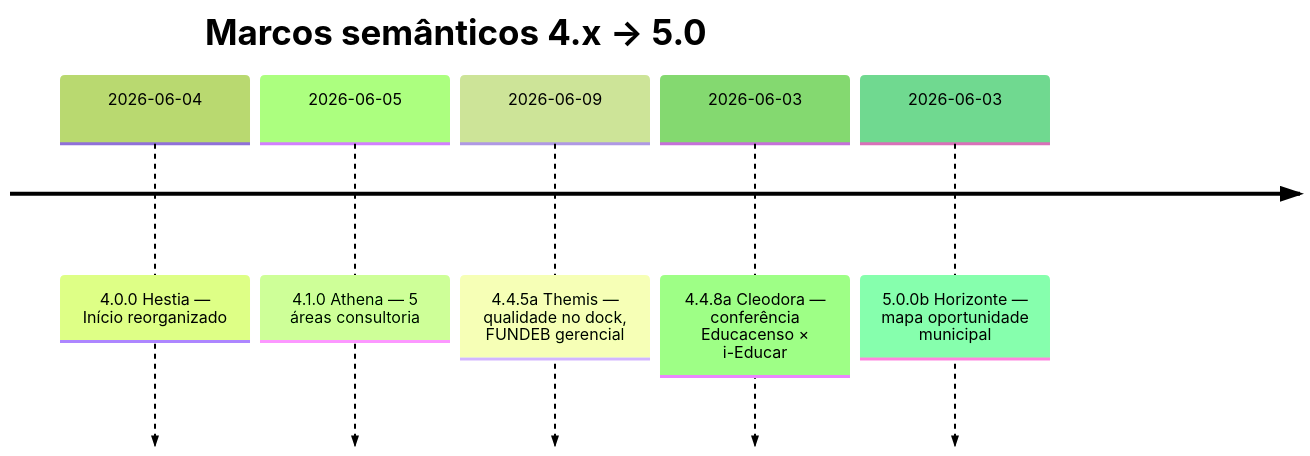
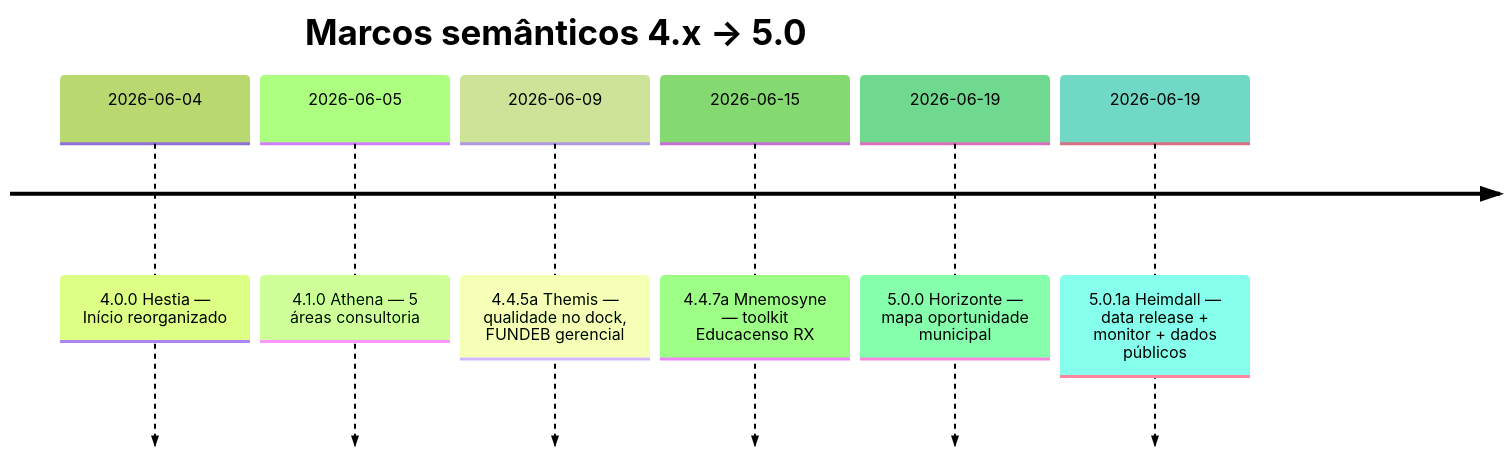
The diagram in docs/HISTORICO_VERSOES.md (JaderGabriel/serventec-servlitcys), drawn with Mermaid (forest theme) before and after one commit. The commit also changed other lines of this file and 33 other files, not shown here.

First line of the commit message:
Release 5.0.1 (Heimdall): corrige data de produção e operação admin.

````diff
--- a/docs/HISTORICO_VERSOES.md
+++ b/docs/HISTORICO_VERSOES.md
@@ -19,9 +20,10 @@
 ```mermaid
 timeline
     title Marcos semânticos 4.x → 5.0
     2026-06-04 : 4.0.0 Hestia — Início reorganizado
     2026-06-05 : 4.1.0 Athena — 5 áreas consultoria
     2026-06-09 : 4.4.5a Themis — qualidade no dock, FUNDEB gerencial
-    2026-06-03 : 4.4.8a Cleodora — conferência Educacenso × i-Educar
-    2026-06-03 : 5.0.0b Horizonte — mapa oportunidade municipal
+    2026-06-15 : 4.4.7a Mnemosyne — toolkit Educacenso RX
+    2026-06-19 : 5.0.0 Horizonte — mapa oportunidade municipal
+    2026-06-19 : 5.0.1a Heimdall — data release + monitor + dados públicos
 ```
````
